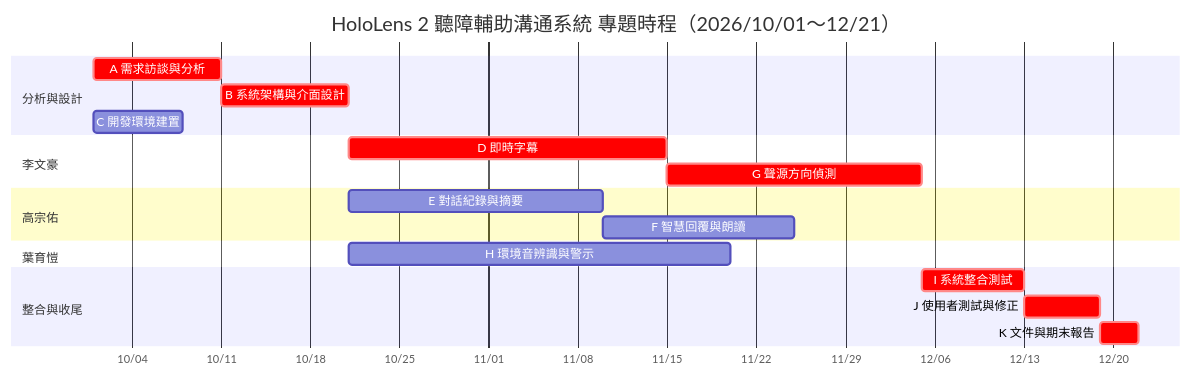
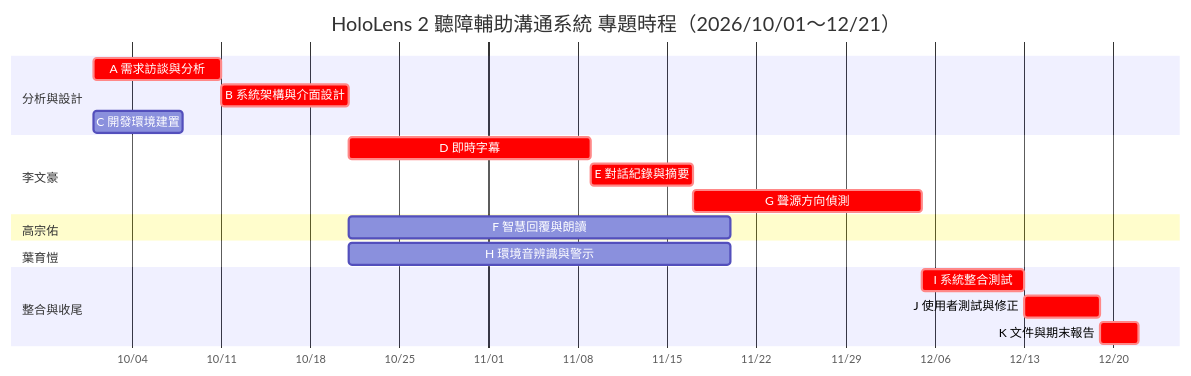
One commit to lilibin624/KaiYoBin_KYB changed the first of 2 diagrams in group_project2.md. Above: the diagram before and after it, drawn with Mermaid. The commit also changed other lines of this file and 1 other file, not shown here.

````diff
--- a/group_project2.md
+++ b/group_project2.md
@@ -34,27 +36,27 @@
 ```mermaid
 gantt
     title HoloLens 2 聽障輔助溝通系統 專題時程（2026/10/01～12/21）
     dateFormat YYYY-MM-DD
     axisFormat %m/%d
 
     section 分析與設計
     A 需求訪談與分析         :crit, A, 2026-10-01, 10d
     B 系統架構與介面設計     :crit, B, 2026-10-11, 10d
     C 開發環境建置           :C, 2026-10-01, 7d
 
     section 李文豪
-    D 即時字幕               :crit, D, 2026-10-21, 25d
-    G 聲源方向偵測           :crit, G, 2026-11-15, 20d
+    D 即時字幕               :crit, D, 2026-10-21, 19d
+    E 對話紀錄與摘要         :crit, E, 2026-11-09, 8d
+    G 聲源方向偵測           :crit, G, 2026-11-17, 18d
 
     section 高宗佑
-    E 對話紀錄與摘要         :E, 2026-10-21, 20d
-    F 智慧回覆與朗讀         :F, 2026-11-10, 15d
+    F 智慧回覆與朗讀         :F, 2026-10-21, 30d
 
     section 葉育愷
     H 環境音辨識與警示       :H, 2026-10-21, 30d
 
     section 整合與收尾
     I 系統整合測試           :crit, I, 2026-12-05, 8d
     J 使用者測試與修正       :crit, J, 2026-12-13, 6d
     K 文件與期末報告         :crit, K, 2026-12-19, 3d
 ```
````
